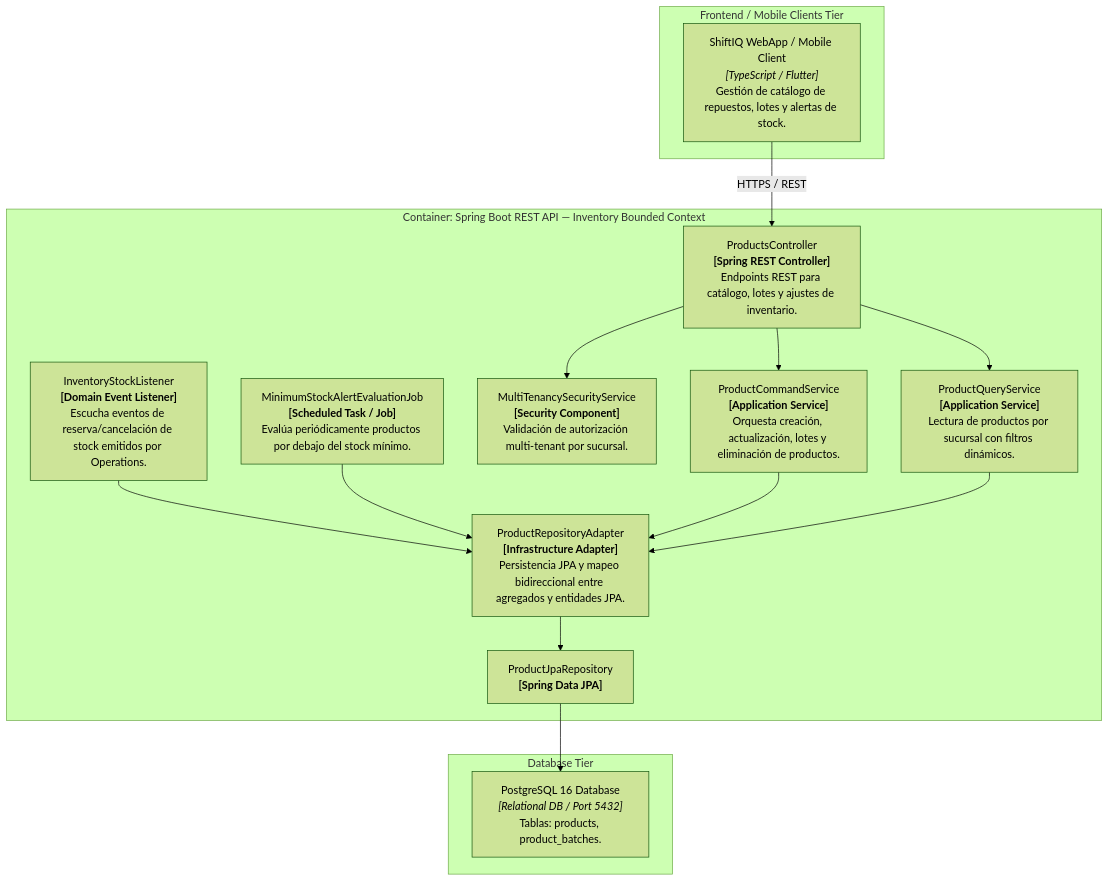
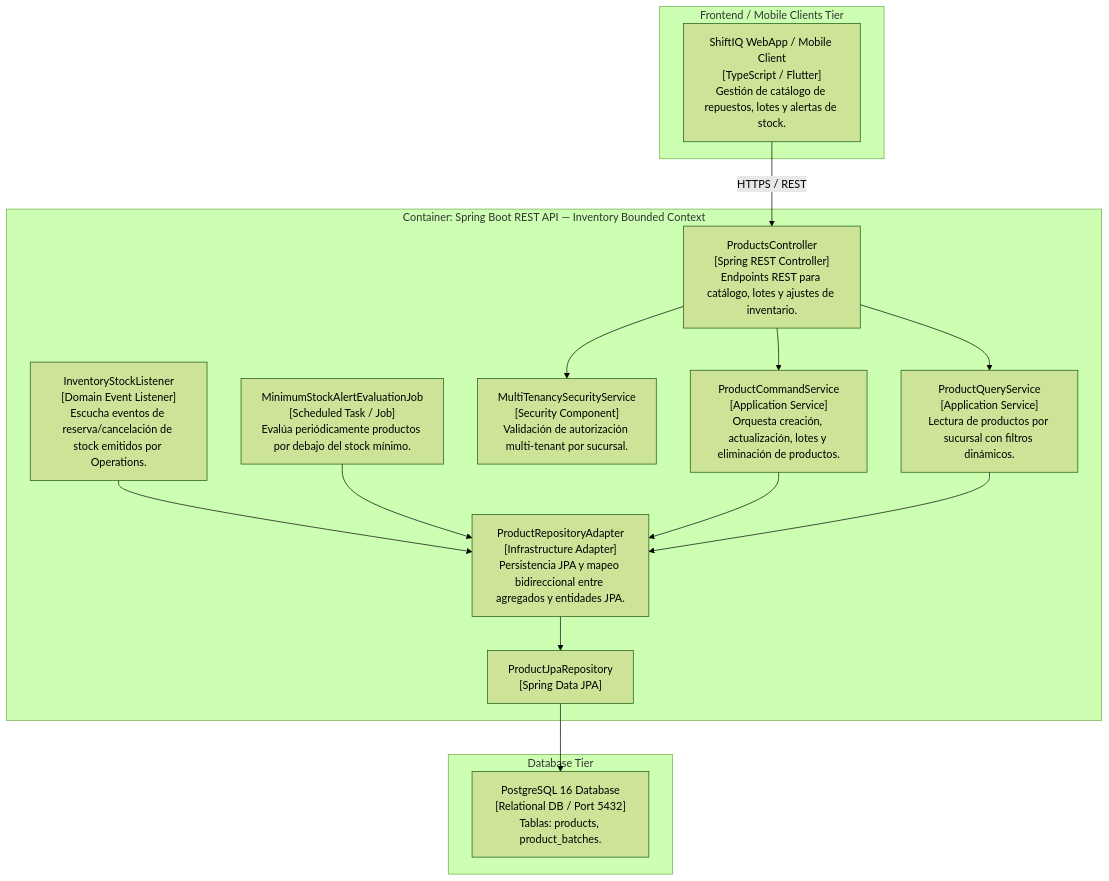
Before and after one commit to tux-logic/upc-pre-202620-1acc0238-13981-TuxLogic-report: the fifth of 7 diagrams in docs/inventory-bounded-context-dictionary.md, drawn with Mermaid (forest theme). The commit also changed 57 other files, not shown here.

Commit message:
fix(diagrams): fix HTML labels, format bold C4 titles and add gitignore.

````diff
--- a/docs/inventory-bounded-context-dictionary.md
+++ b/docs/inventory-bounded-context-dictionary.md
@@ -421,39 +421,39 @@
 ```mermaid
 graph TB
     subgraph Client_Tier ["Frontend / Mobile Clients Tier"]
-        ClientApp["ShiftIQ WebApp / Mobile Client<br><i>[TypeScript / Flutter]</i><br>Gestión de catálogo de repuestos, lotes y alertas de stock."]
+        ClientApp["ShiftIQ WebApp / Mobile Client<br>[TypeScript / Flutter]<br>Gestión de catálogo de repuestos, lotes y alertas de stock."]
     end
 
     subgraph External_DB ["Database Tier"]
-        PostgreSql["PostgreSQL 16 Database<br><i>[Relational DB / Port 5432]</i><br>Tablas: products, product_batches."]
+        PostgreSql["PostgreSQL 16 Database<br>[Relational DB / Port 5432]<br>Tablas: products, product_batches."]
     end
 
     subgraph Inventory_Container ["Container: Spring Boot REST API — Inventory Bounded Context"]
-        ProductsCtrl["ProductsController<br><b>[Spring REST Controller]</b><br>Endpoints REST para catálogo, lotes y ajustes de inventario."]
-        StockListener["InventoryStockListener<br><b>[Domain Event Listener]</b><br>Escucha eventos de reserva/cancelación de stock emitidos por Operations."]
-        StockJob["MinimumStockAlertEvaluationJob<br><b>[Scheduled Task / Job]</b><br>Evalúa periódicamente productos por debajo del stock mínimo."]
+        ProductsCtrl["ProductsController<br>[Spring REST Controller]<br>Endpoints REST para catálogo, lotes y ajustes de inventario."]
+        StockListener["InventoryStockListener<br>[Domain Event Listener]<br>Escucha eventos de reserva/cancelación de stock emitidos por Operations."]
+        StockJob["MinimumStockAlertEvaluationJob<br>[Scheduled Task / Job]<br>Evalúa periódicamente productos por debajo del stock mínimo."]
 
-        MultiTenancySecService["MultiTenancySecurityService<br><b>[Security Component]</b><br>Validación de autorización multi-tenant por sucursal."]
+        MultiTenancySecService["MultiTenancySecurityService<br>[Security Component]<br>Validación de autorización multi-tenant por sucursal."]
 
-        ProdCmdService["ProductCommandService<br><b>[Application Service]</b><br>Orquesta creación, actualización, lotes y eliminación de productos."]
-        ProdQueryService["ProductQueryService<br><b>[Application Service]</b><br>Lectura de productos por sucursal con filtros dinámicos."]
+        ProdCmdService["ProductCommandService<br>[Application Service]<br>Orquesta creación, actualización, lotes y eliminación de productos."]
+        ProdQueryService["ProductQueryService<br>[Application Service]<br>Lectura de productos por sucursal con filtros dinámicos."]
 
-        ProdRepoAdapter["ProductRepositoryAdapter<br><b>[Infrastructure Adapter]</b><br>Persistencia JPA y mapeo bidireccional entre agregados y entidades JPA."]
-        ProdJpaRepo["ProductJpaRepository<br><b>[Spring Data JPA]</b>"]
+        ProdRepoAdapter["ProductRepositoryAdapter<br>[Infrastructure Adapter]<br>Persistencia JPA y mapeo bidireccional entre agregados y entidades JPA."]
+        ProdJpaRepo["ProductJpaRepository<br>[Spring Data JPA]"]
     end
 
     ClientApp -->|"HTTPS / REST"| ProductsCtrl
     ProductsCtrl --> MultiTenancySecService
 
     ProductsCtrl --> ProdCmdService
     ProductsCtrl --> ProdQueryService
 
     StockListener --> ProdRepoAdapter
     StockJob --> ProdRepoAdapter
 
     ProdCmdService --> ProdRepoAdapter
     ProdQueryService --> ProdRepoAdapter
 
     ProdRepoAdapter --> ProdJpaRepo
     ProdJpaRepo --> PostgreSql
 ```
````
